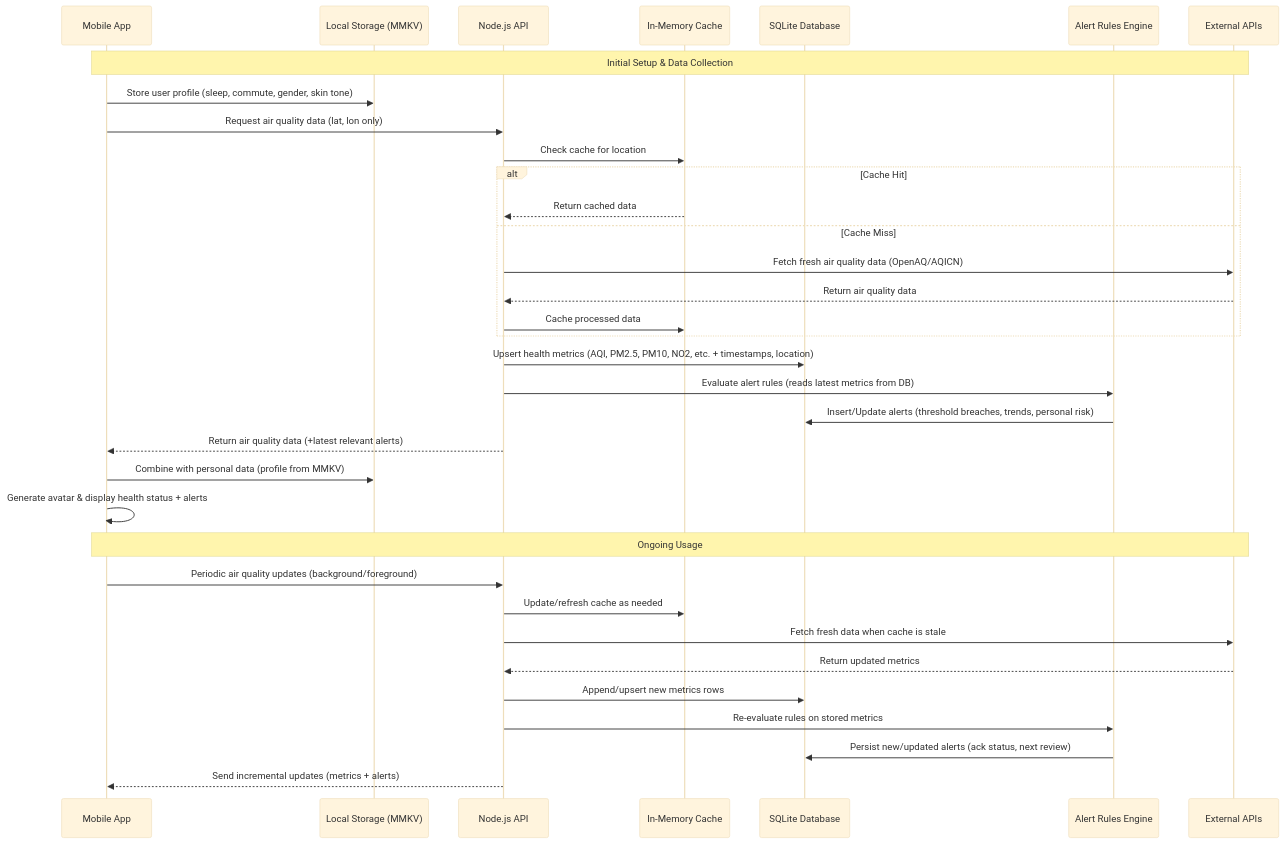
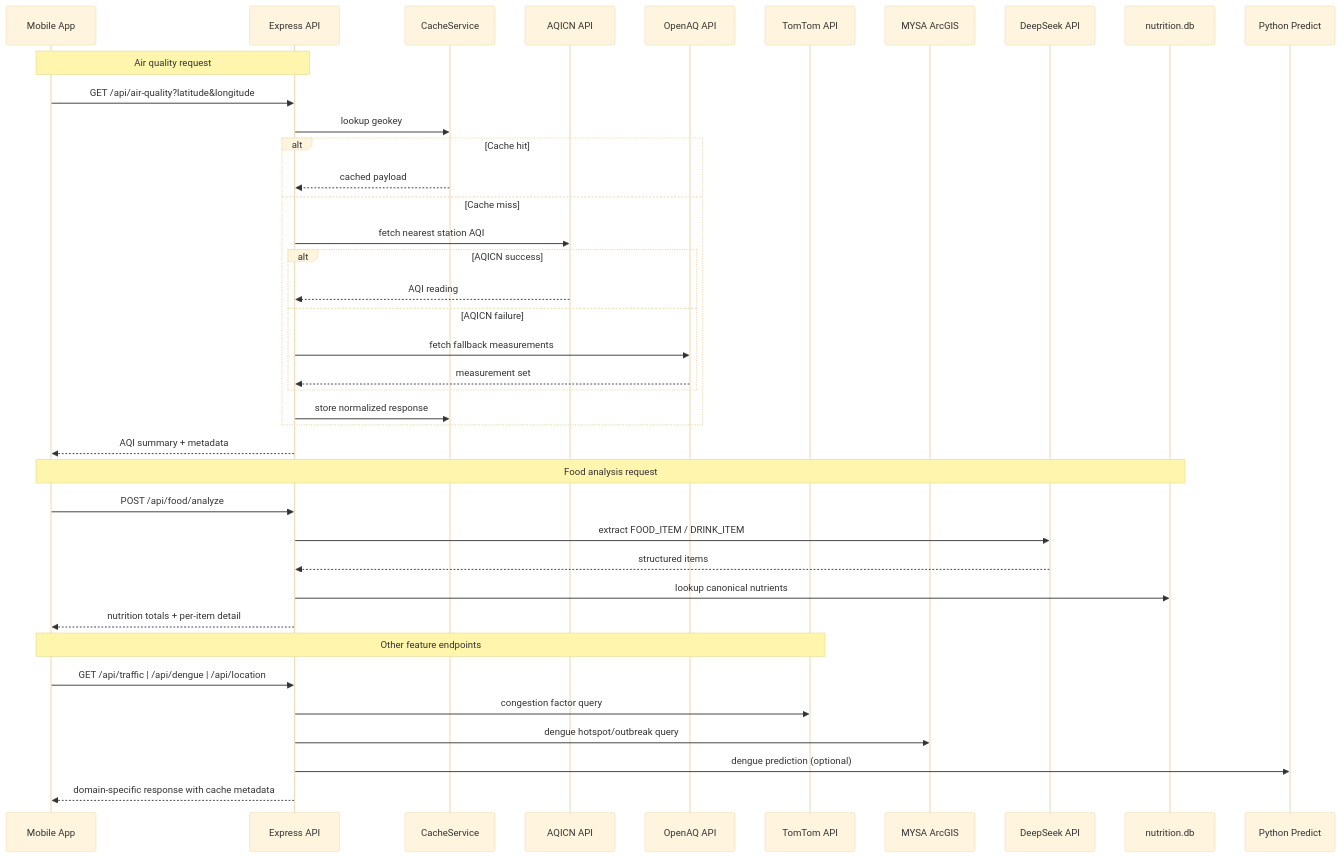
One commit to atan0168/mirrox changed the second of 9 diagrams in docs/ARCHITECTURE.md. Above: the diagram before and after it, drawn with Mermaid (base theme). The commit also changed other lines of this file and 13 other files, not shown here.

````diff
--- a/docs/ARCHITECTURE.md
+++ b/docs/ARCHITECTURE.md
@@ -63,45 +86,44 @@
 ```mermaid
 sequenceDiagram
-    participant User as Mobile App
-    participant Local as Local Storage (MMKV)
-    participant Backend as Node.js API
-    participant Cache as In-Memory Cache
-    participant DB as SQLite Database
-    participant Alerts as Alert Rules Engine
-    participant External as External APIs
+    participant App as Mobile App
+    participant Backend as Express API
+    participant Cache as CacheService
+    participant AQICN as AQICN API
+    participant OpenAQ as OpenAQ API
+    participant TomTom as TomTom API
+    participant MYSA as MYSA ArcGIS
+    participant DeepSeek as DeepSeek API
+    participant Nutrition as nutrition.db
+    participant Python as Python Predict
 
-    Note over User,External: Initial Setup & Data Collection
-    User->>Local: Store user profile (sleep, commute, gender, skin tone)
-    User->>Backend: Request air quality data (lat, lon only)
+    Note over App,Backend: Air quality request
+    App->>Backend: GET /api/air-quality?latitude&longitude
+    Backend->>Cache: lookup geokey
+    alt Cache hit
+        Cache-->>Backend: cached payload
+    else Cache miss
+        Backend->>AQICN: fetch nearest station AQI
+        alt AQICN success
+            AQICN-->>Backend: AQI reading
+        else AQICN failure
+            Backend->>OpenAQ: fetch fallback measurements
+            OpenAQ-->>Backend: measurement set
+        end
+        Backend->>Cache: store normalized response
+    end
+    Backend-->>App: AQI summary + metadata
 
-    Backend->>Cache: Check cache for location
-    alt Cache Hit
-        Cache-->>Backend: Return cached data
-    else Cache Miss
-        Backend->>External: Fetch fresh air quality data (OpenAQ/AQICN)
-        External-->>Backend: Return air quality data
-        Backend->>Cache: Cache processed data
-    end
+    Note over App,Nutrition: Food analysis request
+    App->>Backend: POST /api/food/analyze
+    Backend->>DeepSeek: extract FOOD_ITEM / DRINK_ITEM
+    DeepSeek-->>Backend: structured items
+    Backend->>Nutrition: lookup canonical nutrients
+    Backend-->>App: nutrition totals + per-item detail
 
-    %% Persist metrics in SQLite
-    Backend->>DB: Upsert health metrics (AQI, PM2.5, PM10, NO2, etc. + timestamps, location)
-
-    %% Generate alerts from data in the database
-    Backend->>Alerts: Evaluate alert rules (reads latest metrics from DB)
-    Alerts->>DB: Insert/Update alerts (threshold breaches, trends, personal risk)
-
-    %% Respond to app
-    Backend-->>User: Return air quality data (+latest relevant alerts)
-    User->>Local: Combine with personal data (profile from MMKV)
-    User->>User: Generate avatar & display health status + alerts
-
-    Note over User,External: Ongoing Usage
-    User->>Backend: Periodic air quality updates (background/foreground)
-    Backend->>Cache: Update/refresh cache as needed
-    Backend->>External: Fetch fresh data when cache is stale
-    External-->>Backend: Return updated metrics
-    Backend->>DB: Append/upsert new metrics rows
-    Backend->>Alerts: Re-evaluate rules on stored metrics
-    Alerts->>DB: Persist new/updated alerts (ack status, next review)
-    Backend-->>User: Send incremental updates (metrics + alerts)
+    Note over App,TomTom: Other feature endpoints
+    App->>Backend: GET /api/traffic | /api/dengue | /api/location
+    Backend->>TomTom: congestion factor query
+    Backend->>MYSA: dengue hotspot/outbreak query
+    Backend->>Python: dengue prediction (optional)
+    Backend-->>App: domain-specific response with cache metadata
 ```
````
